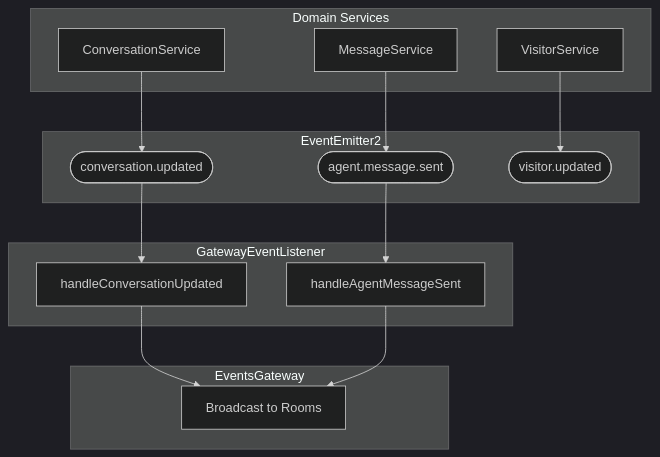
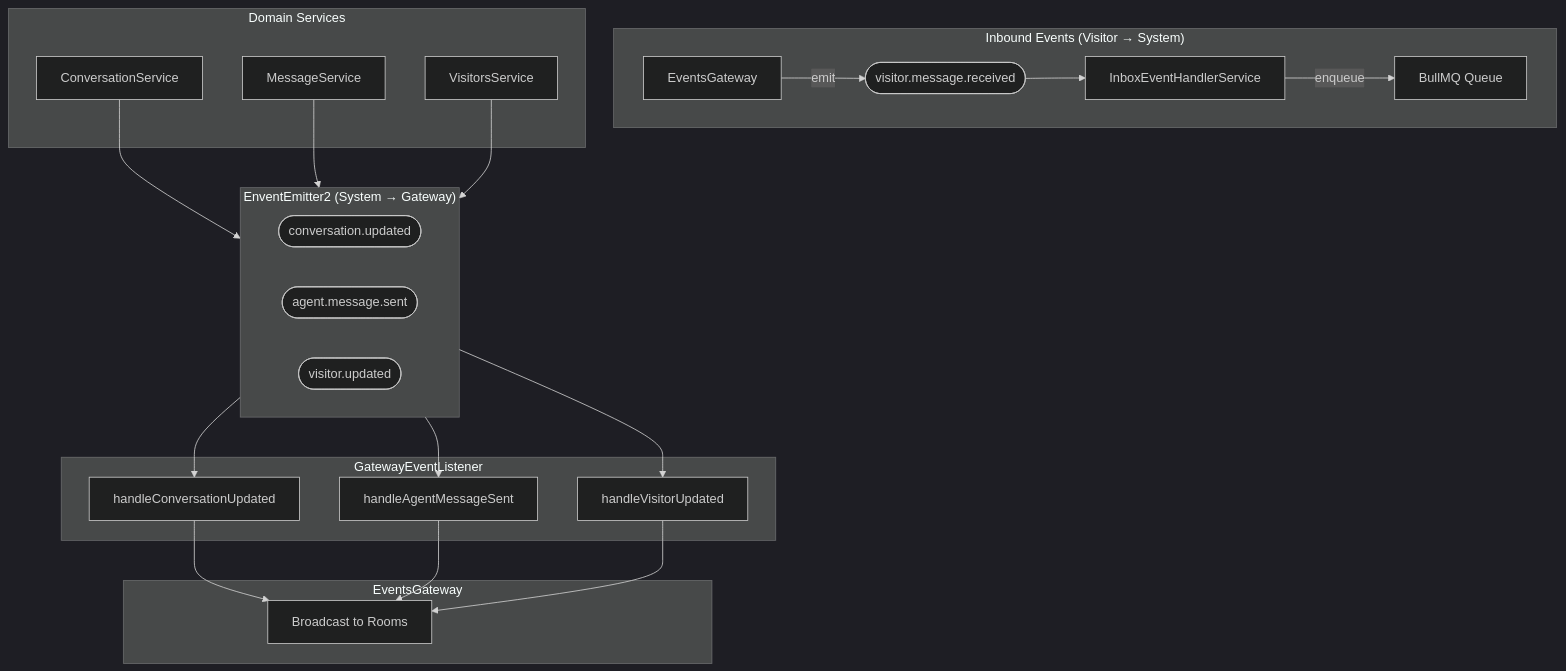
One commit to doananhhung/livechat changed the sixth of 8 diagrams in presentation/pages/hung.md. Above: the diagram before and after it, drawn with Mermaid (dark theme). The commit also changed other lines of this file, not shown here.

````diff
--- a/presentation/pages/hung.md
+++ b/presentation/pages/hung.md
@@ -272,31 +497,49 @@
 ```mermaid
 flowchart TB
+    subgraph Inbound["Inbound Events (Visitor → System)"]
+        direction LR
+        GW_IN["EventsGateway"]
+        E_IN(["visitor.message.received"])
+        IEH["InboxEventHandlerService"]
+        BQ["BullMQ Queue"]
+    end
+
     subgraph Backend["Domain Services"]
         CS["ConversationService"]
         MS["MessageService"]
-        VS["VisitorService"]
+        VS["VisitorsService"]
     end
 
-    subgraph Bus["EventEmitter2"]
+    subgraph Outbound[" EnventEmitter2 (System → Gateway)"]
+        direction LR
         E1(["conversation.updated"])
         E2(["agent.message.sent"])
         E3(["visitor.updated"])
     end
 
     subgraph Listener["GatewayEventListener"]
         H1["handleConversationUpdated"]
         H2["handleAgentMessageSent"]
+        H3["handleVisitorUpdated"]
     end
 
     subgraph Gateway["EventsGateway"]
         Emit["Broadcast to Rooms"]
     end
 
+    %% Inbound Flow
+    GW_IN -->|"emit"| E_IN
+    E_IN --> IEH
+    IEH -->|"enqueue"| BQ
+
+    %% Outbound Flow
     CS --> E1
     MS --> E2
     VS --> E3
     E1 --> H1
     E2 --> H2
+    E3 --> H3
     H1 --> Emit
     H2 --> Emit
+    H3 --> Emit
 ```
````
